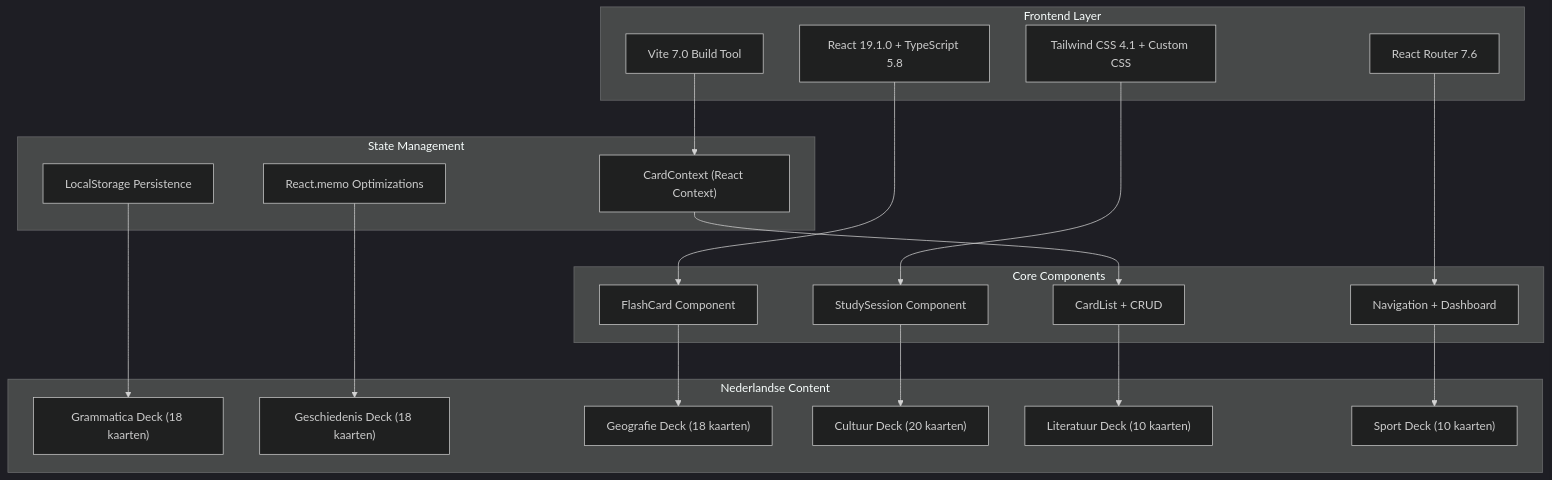
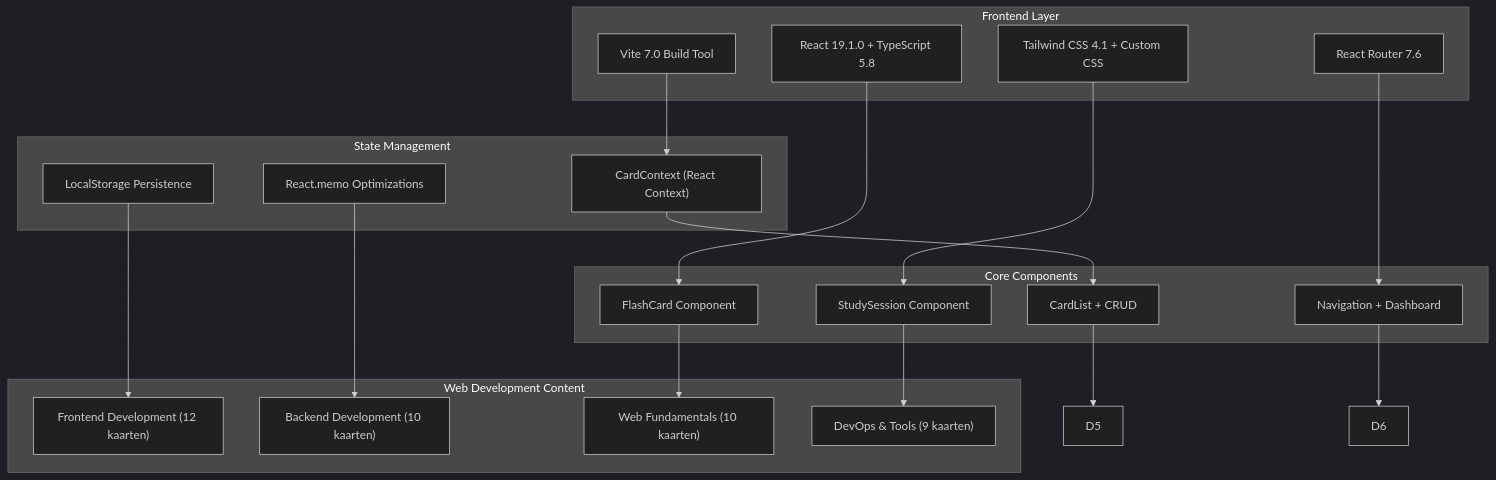
One commit to Freezler/flashcards changed the first of 3 diagrams in PROJECT_FLOWCHART.md. Above: the diagram before and after it, drawn with Mermaid (dark theme). The commit also changed other lines of this file and 2 other files, not shown here.

````diff
--- a/PROJECT_FLOWCHART.md
+++ b/PROJECT_FLOWCHART.md
@@ -7,43 +7,41 @@
 ```mermaid
 graph TB
     subgraph "Frontend Layer"
         A1["React 19.1.0 + TypeScript 5.8"]
         A2["Vite 7.0 Build Tool"]
         A3["Tailwind CSS 4.1 + Custom CSS"]
         A4["React Router 7.6"]
     end
 
     subgraph "State Management"
         B1["CardContext (React Context)"]
         B2["LocalStorage Persistence"]
         B3["React.memo Optimizations"]
     end
 
     subgraph "Core Components"
         C1["FlashCard Component"]
         C2["StudySession Component"]
         C3["CardList + CRUD"]
         C4["Navigation + Dashboard"]
     end
 
-    subgraph "Nederlandse Content"
-        D1["Grammatica Deck (18 kaarten)"]
-        D2["Geschiedenis Deck (18 kaarten)"]
-        D3["Geografie Deck (18 kaarten)"]
-        D4["Cultuur Deck (20 kaarten)"]
-        D5["Literatuur Deck (10 kaarten)"]
-        D6["Sport Deck (10 kaarten)"]
+    subgraph "Web Development Content"
+        D1["Frontend Development (12 kaarten)"]
+        D2["Backend Development (10 kaarten)"]
+        D3["Web Fundamentals (10 kaarten)"]
+        D4["DevOps & Tools (9 kaarten)"]
     end
 
     A1 --> C1
     A2 --> B1
     A3 --> C2
     A4 --> C4
     B1 --> C3
     B2 --> D1
     B3 --> D2
     C1 --> D3
     C2 --> D4
     C3 --> D5
     C4 --> D6
 ```
````
